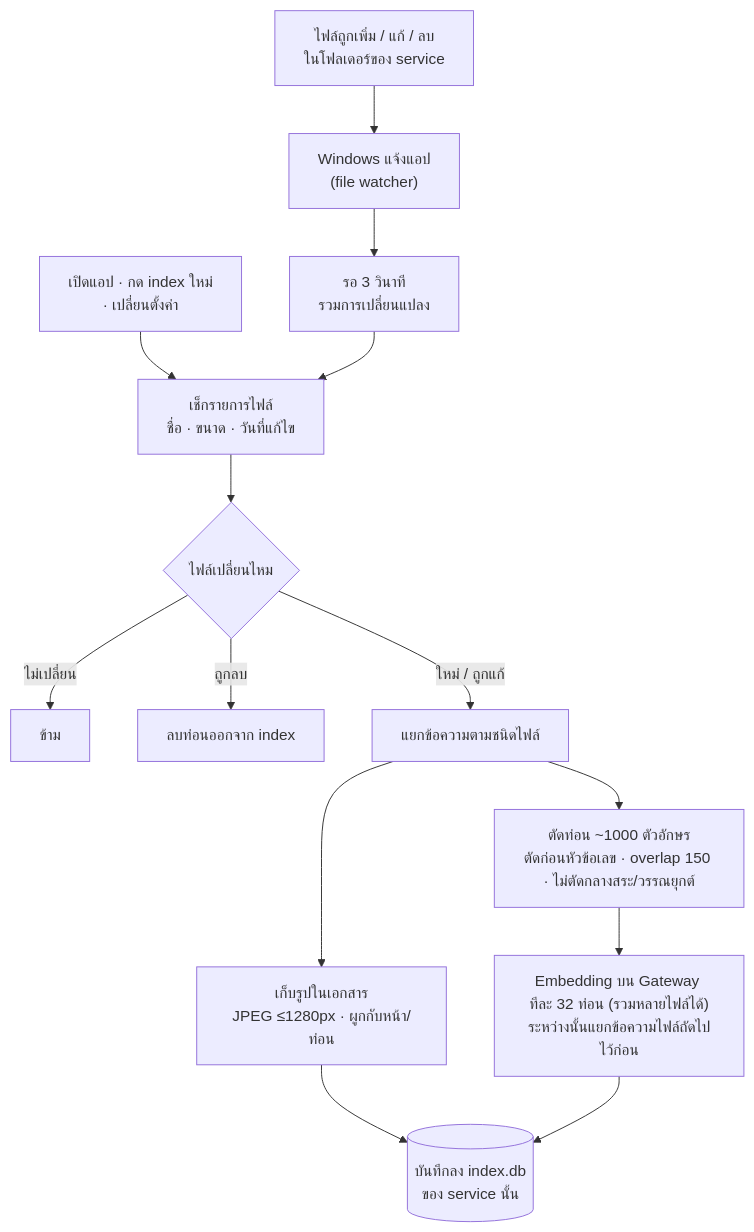
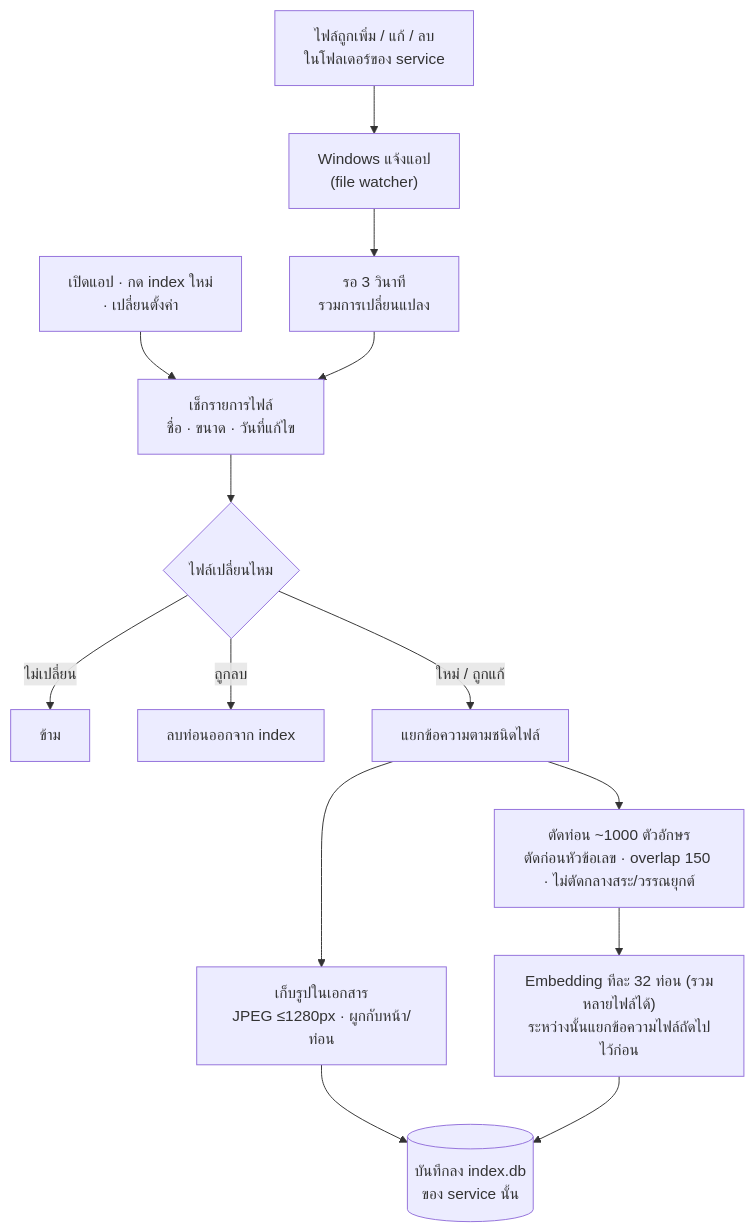
Before and after one commit to bebarboss/local_notebook: the second of 5 diagrams in README.md, drawn with Mermaid. The commit also changed other lines of this file and 16 other files, not shown here.

First line of the commit message:
v0.8.1: local embedding is back (the Gateway has no embedding model)

````diff
--- a/README.md
+++ b/README.md
@@ -76,15 +78,15 @@
 ```mermaid
 flowchart TD
     A["ไฟล์ถูกเพิ่ม / แก้ / ลบ<br/>ในโฟลเดอร์ของ service"] --> B["Windows แจ้งแอป<br/>(file watcher)"]
     S["เปิดแอป · กด index ใหม่<br/>· เปลี่ยนตั้งค่า"] --> C
     B --> W["รอ 3 วินาที<br/>รวมการเปลี่ยนแปลง"] --> C["เช็กรายการไฟล์<br/>ชื่อ · ขนาด · วันที่แก้ไข"]
     C --> D{"ไฟล์เปลี่ยนไหม"}
     D -->|ไม่เปลี่ยน| SKIP["ข้าม"]
     D -->|ถูกลบ| DEL["ลบท่อนออกจาก index"]
     D -->|ใหม่ / ถูกแก้| E["แยกข้อความตามชนิดไฟล์"]
     E --> G["ตัดท่อน ~1000 ตัวอักษร<br/>ตัดก่อนหัวข้อเลข · overlap 150 · ไม่ตัดกลางสระ/วรรณยุกต์"]
     E --> P["เก็บรูปในเอกสาร<br/>JPEG ≤1280px · ผูกกับหน้า/ท่อน"]
     P --> I
-    G --> H["Embedding บน Gateway ทีละ 32 ท่อน (รวมหลายไฟล์ได้)<br/>ระหว่างนั้นแยกข้อความไฟล์ถัดไปไว้ก่อน"]
+    G --> H["Embedding ทีละ 32 ท่อน (รวมหลายไฟล์ได้)<br/>ระหว่างนั้นแยกข้อความไฟล์ถัดไปไว้ก่อน"]
     H --> I[("บันทึกลง index.db<br/>ของ service นั้น")]
 ```
````
